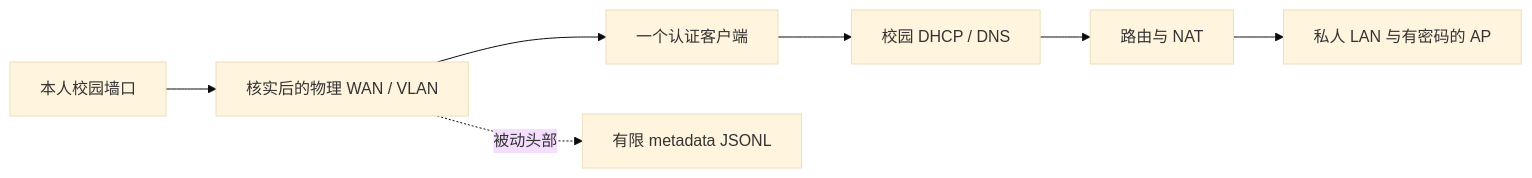
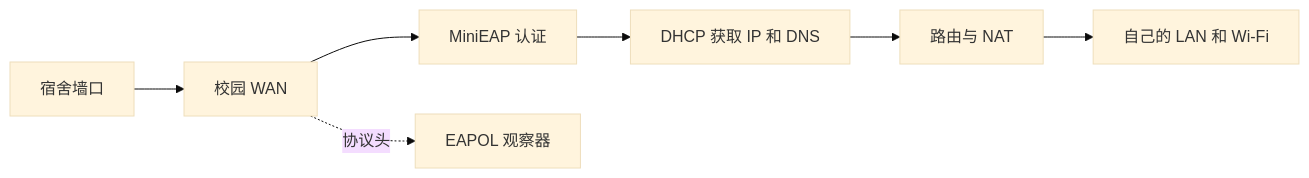
Before and after one commit to QTSHI/sysu-shenzhen-campus-router: the diagram in docs/architecture.md, drawn with Mermaid (base theme). The commit also changed other lines of this file and 11 other files, not shown here.

````diff
--- a/docs/architecture.md
+++ b/docs/architecture.md
@@ -3,9 +5,9 @@
 ```mermaid
 flowchart LR
-  Wall[本人校园墙口] --> WAN[核实后的物理 WAN / VLAN]
-  WAN --> EAP[一个认证客户端]
-  EAP --> DHCP[校园 DHCP / DNS]
+  Wall[宿舍墙口] --> WAN[校园 WAN]
+  WAN --> EAP[MiniEAP 认证]
+  EAP --> DHCP[DHCP 获取 IP 和 DNS]
   DHCP --> NAT[路由与 NAT]
-  NAT --> LAN[私人 LAN 与有密码的 AP]
-  WAN -.被动头部.-> Observer[有限 metadata JSONL]
+  NAT --> LAN[自己的 LAN 和 Wi-Fi]
+  WAN -.协议头.-> Observer[EAPOL 观察器]
 ```
````
